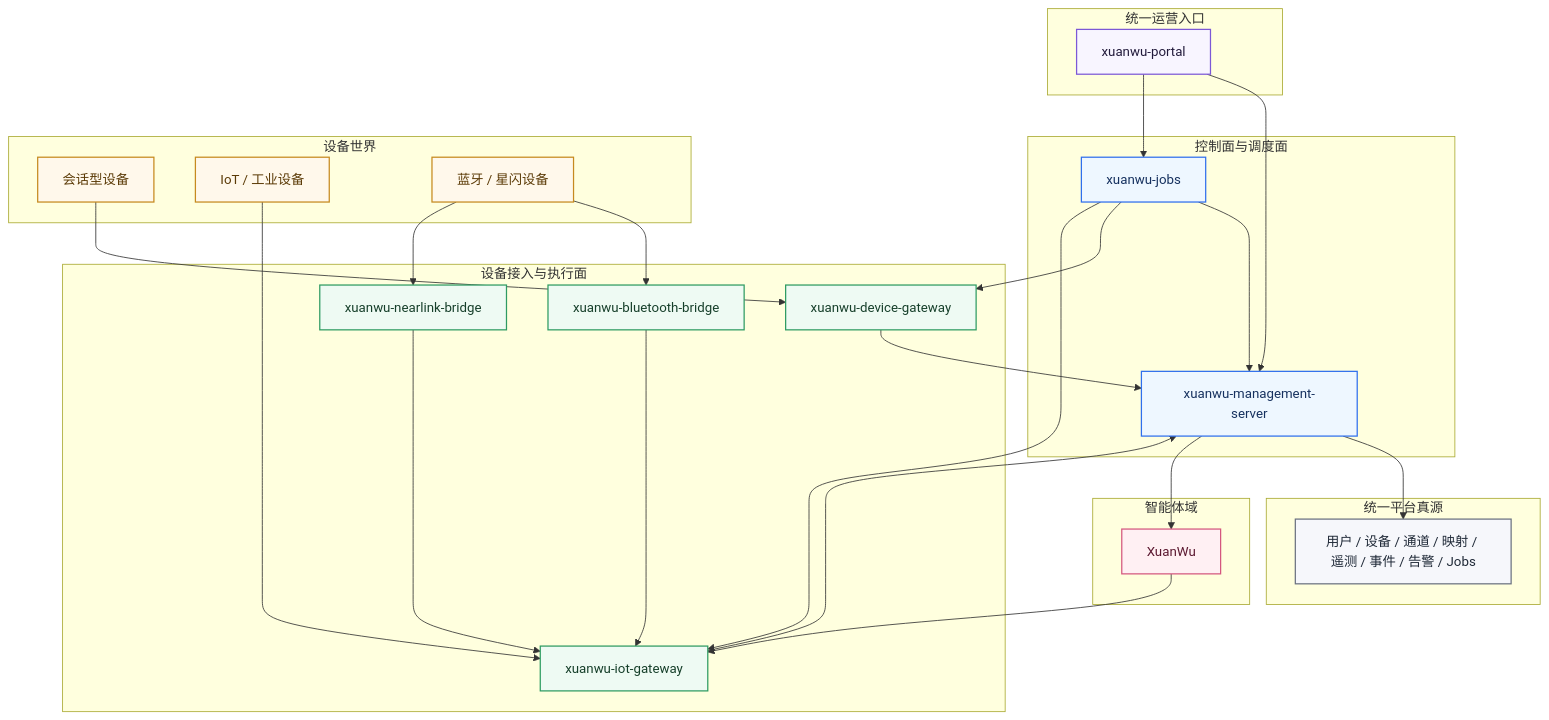
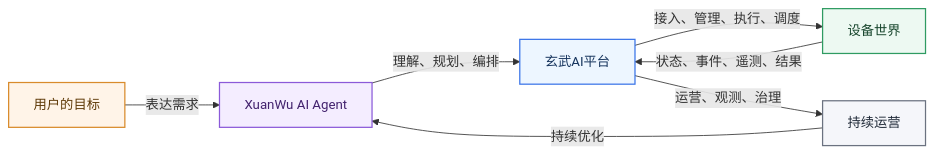
One commit to GrissonWu07/xuanwu-ai-platform changed the first of 2 diagrams in README.md. Above: the diagram before and after it, drawn with Mermaid. The commit also changed other lines of this file, not shown here.

Commit message:
docs: refine root readme positioning

````diff
--- a/README.md
+++ b/README.md
@@ -9,66 +9,27 @@
 ```mermaid
-flowchart TB
-    subgraph UX["统一运营入口"]
-        Portal["xuanwu-portal"]
-    end
+flowchart LR
+    User["用户的目标"]
+    Agent["XuanWu AI Agent"]
+    Platform["玄武AI平台"]
+    Devices["设备世界"]
+    Ops["持续运营"]
 
-    subgraph Control["控制面与调度面"]
-        Mgmt["xuanwu-management-server"]
-        Jobs["xuanwu-jobs"]
-    end
+    User -->|"表达需求"| Agent
+    Agent -->|"理解、规划、编排"| Platform
+    Platform -->|"接入、管理、执行、调度"| Devices
+    Devices -->|"状态、事件、遥测、结果"| Platform
+    Platform -->|"运营、观测、治理"| Ops
+    Ops -->|"持续优化"| Agent
 
-    subgraph Ingress["设备接入与执行面"]
-        Device["xuanwu-device-gateway"]
-        IoT["xuanwu-iot-gateway"]
-        BT["xuanwu-bluetooth-bridge"]
-        NL["xuanwu-nearlink-bridge"]
-    end
+    classDef user fill:#fff4e8,stroke:#d98b2b,color:#5f3a08,stroke-width:1.5px;
+    classDef agent fill:#f4edff,stroke:#8b5ad9,color:#43236e,stroke-width:1.5px;
+    classDef platform fill:#edf6ff,stroke:#3a74e8,color:#17355e,stroke-width:1.5px;
+    classDef devices fill:#edf9f2,stroke:#2f9b62,color:#17452c,stroke-width:1.5px;
+    classDef ops fill:#f5f6fa,stroke:#6b7280,color:#1f2937,stroke-width:1.5px;
 
-    subgraph Devices["设备世界"]
-        Conv["会话型设备"]
-        IoTDev["IoT / 工业设备"]
-        Wireless["蓝牙 / 星闪设备"]
-    end
-
-    subgraph Agent["智能体域"]
-        XW["XuanWu"]
-    end
-
-    subgraph Truth["统一平台真源"]
-        Domain["用户 / 设备 / 通道 / 映射 / 遥测 / 事件 / 告警 / Jobs"]
-    end
-
-    Portal --> Mgmt
-    Portal --> Jobs
-
-    Jobs --> Mgmt
-    Jobs --> Device
-    Jobs --> IoT
-
-    Conv --> Device
-    IoTDev --> IoT
-    Wireless --> BT
-    Wireless --> NL
-    BT --> IoT
-    NL --> IoT
-
-    Device --> Mgmt
-    IoT --> Mgmt
-    Mgmt --> Domain
-    Mgmt --> XW
-    XW --> IoT
-
-    classDef ux fill:#f8f5ff,stroke:#7c58d6,color:#221a3b,stroke-width:1.5px;
-    classDef control fill:#eef7ff,stroke:#2f6fed,color:#16315f,stroke-width:1.5px;
-    classDef ingress fill:#eefaf3,stroke:#2e9b62,color:#163f2a,stroke-width:1.5px;
-    classDef devices fill:#fff8eb,stroke:#c68a1f,color:#5b3a06,stroke-width:1.5px;
-    classDef agent fill:#fff0f3,stroke:#d4577f,color:#5b1830,stroke-width:1.5px;
-    classDef truth fill:#f6f7fb,stroke:#6b7280,color:#1f2937,stroke-width:1.5px;
-
-    class Portal ux;
-    class Mgmt,Jobs control;
-    class Device,IoT,BT,NL ingress;
-    class Conv,IoTDev,Wireless devices;
-    class XW agent;
-    class Domain truth;
+    class User user;
+    class Agent agent;
+    class Platform platform;
+    class Devices devices;
+    class Ops ops;
 ```
````
